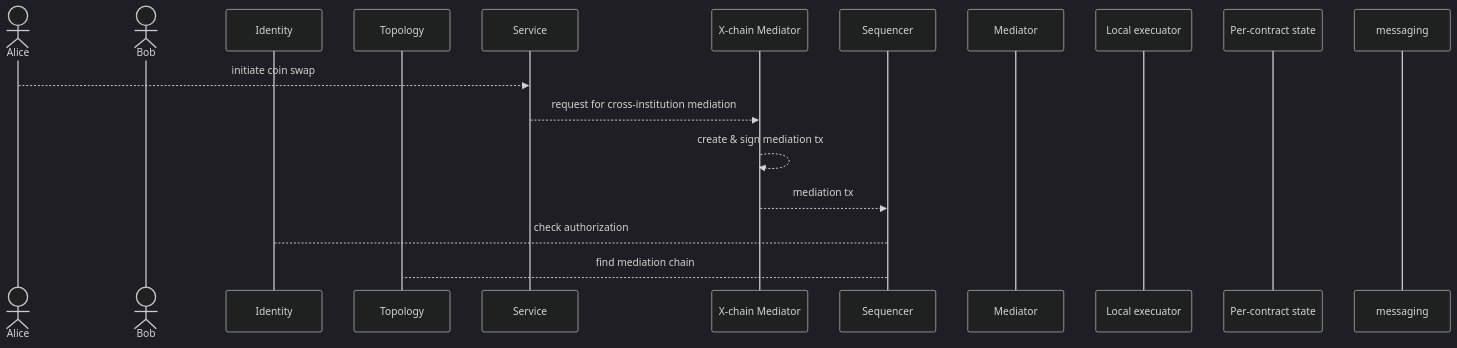
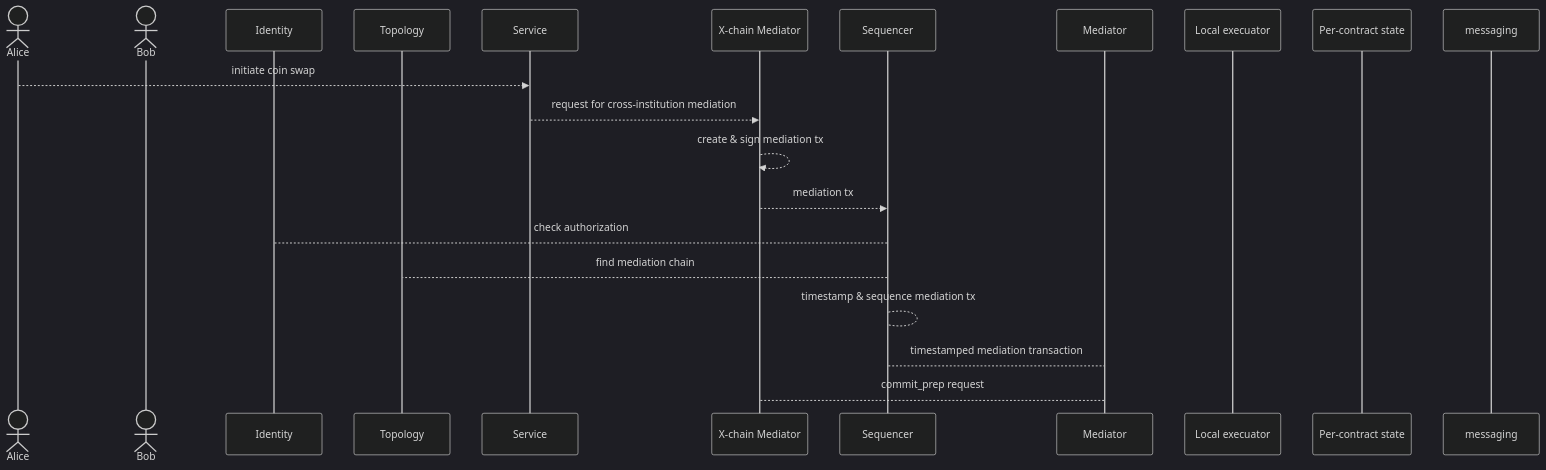
Before and after one commit to PDXbaap/design: the diagram in finance_architecture.md, drawn with Mermaid (dark theme).

Commit message:
Enhance mediation transaction flow in architecture
Added steps for timestamping and committing mediation transactions in the architecture.

````diff
--- a/finance_architecture.md
+++ b/finance_architecture.md
@@ -29,21 +29,24 @@
 ```mermaid
 sequenceDiagram
 actor Alice
 actor Bob
 participant Identity
 participant Topology
 participant Service
 participant X-chain Mediator
 participant Sequencer
 participant Mediator
 participant Local execuator
 participant Per-contract state
 participant messaging
 
 Alice -->> Service: initiate coin swap
 Service -->> X-chain Mediator: request for cross-institution mediation
 X-chain Mediator -->> X-chain Mediator: create & sign mediation tx
 X-chain Mediator -->> Sequencer: mediation tx
 Sequencer --> Identity: check authorization
-Sequencer --> Topology: find mediation chain 
+Sequencer --> Topology: find mediation chain
+Sequencer --> Sequencer: timestamp & sequence mediation tx
+Sequencer --> Mediator: timestamped mediation transaction
+Mediator --> X-chain Mediator: commit_prep request
 ```
````
